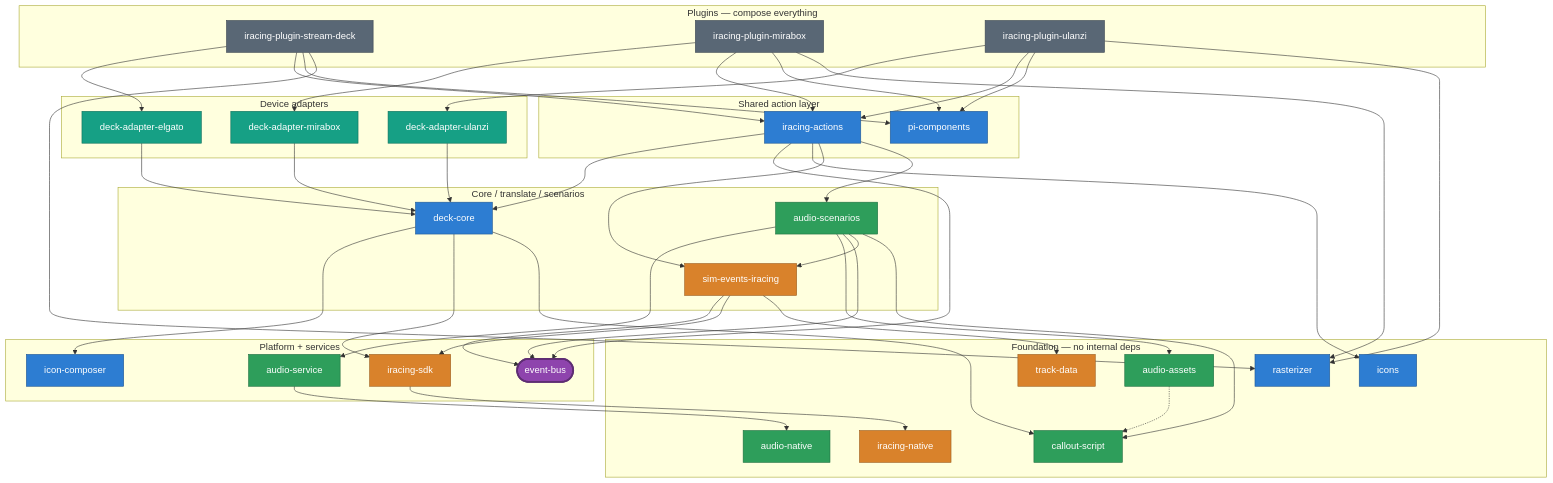
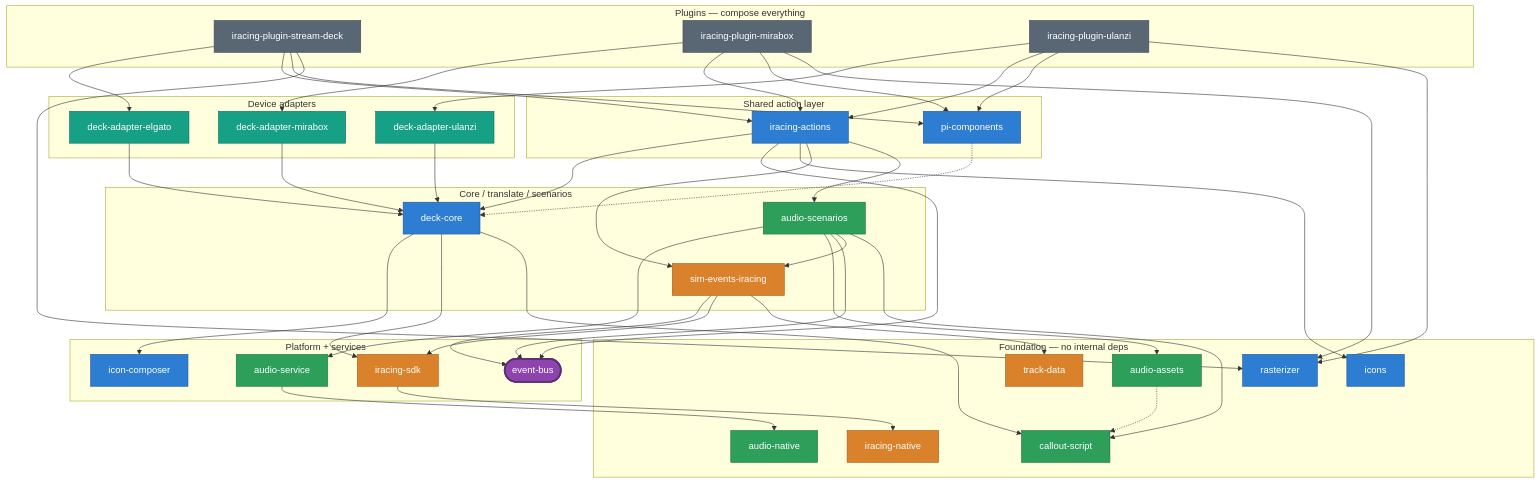
One commit to niklam/iracedeck changed the seventh of 7 diagrams in packages/website/src/content/docs/docs/development/architecture.md. Above: the diagram before and after it, drawn with Mermaid. The commit also changed other lines of this file and 49 other files, not shown here.

```diff
--- a/packages/website/src/content/docs/docs/development/architecture.md
+++ b/packages/website/src/content/docs/docs/development/architecture.md
@@ -321,6 +321,7 @@
   aul --> dc
 
   acts --> dc
+  pic -.-> dc
   acts --> eb
   acts --> icons
   acts --> sei
```
